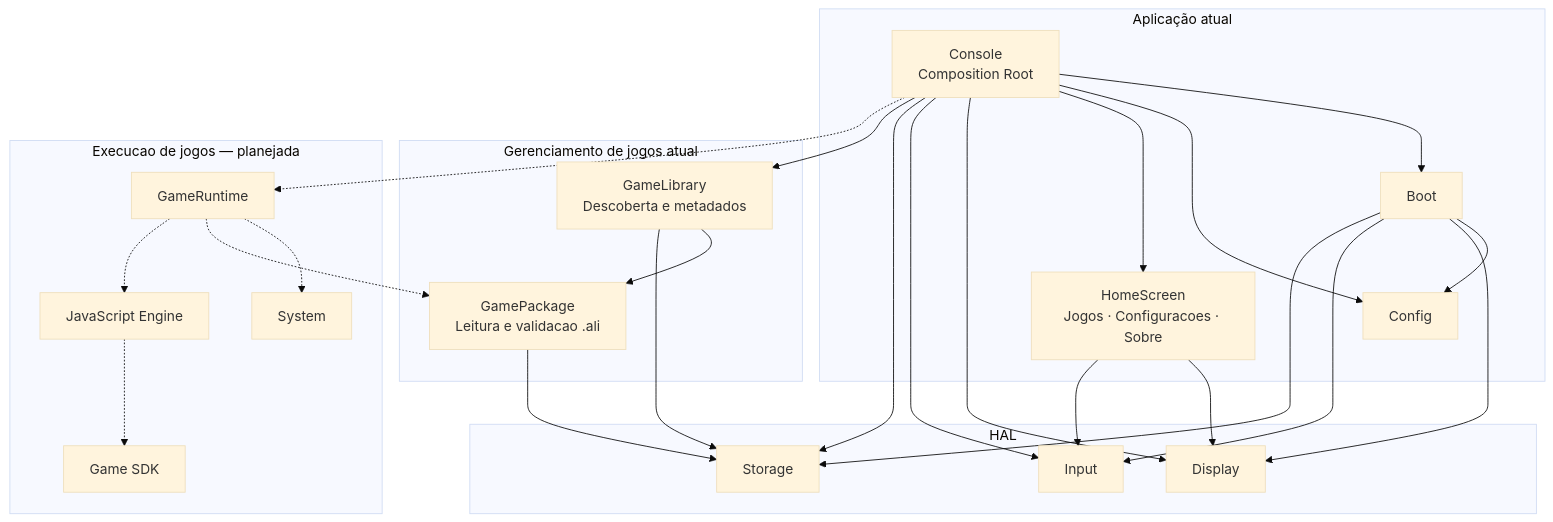
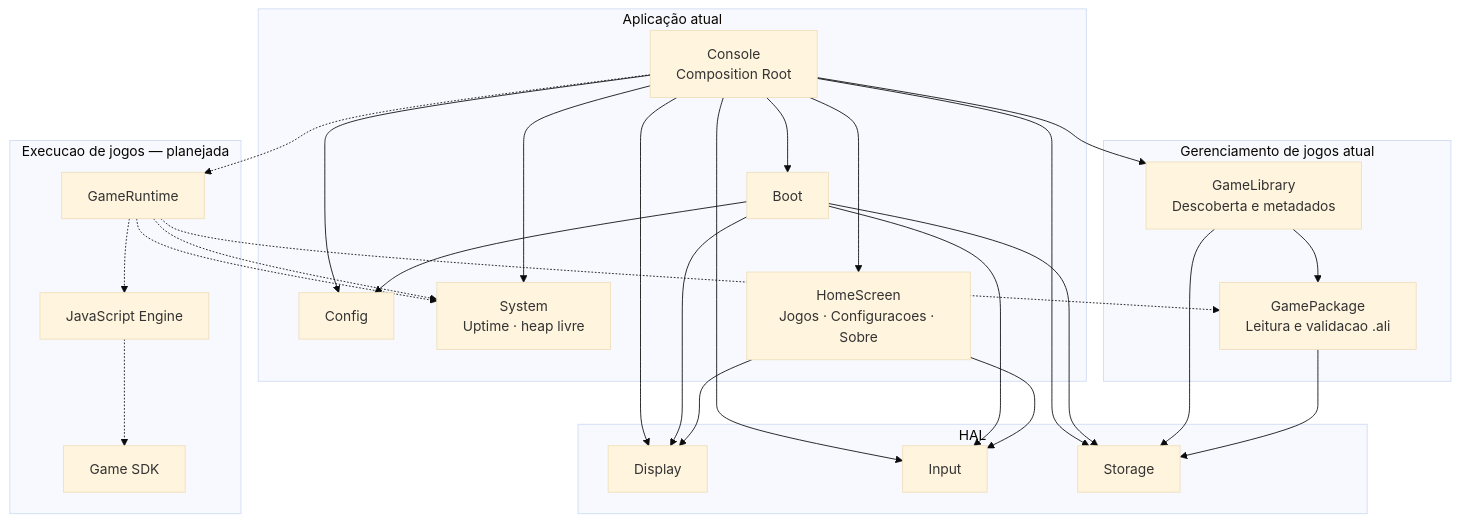
Before and after one commit to AlisonSimiao/micro-console: the first of 3 diagrams in README.md, drawn with Mermaid (base theme). The commit also changed other lines of this file and 8 other files, not shown here.

Commit message:
feat: Implementa módulo System para consultas de uptime e heap livre, incluindo testes nativos

````diff
--- a/README.md
+++ b/README.md
@@ -26,51 +27,53 @@
 ```mermaid
 flowchart TB
     subgraph APP["Aplicação atual"]
         Console["Console<br/>Composition Root"]
         Boot["Boot"]
         Config["Config"]
+        System["System<br/>Uptime · heap livre"]
         HomeScreen["HomeScreen<br/>Jogos · Configuracoes · Sobre"]
     end
 
     subgraph HAL["HAL"]
         Display["Display"]
         Input["Input"]
         Storage["Storage"]
     end
 
     subgraph GAMES["Gerenciamento de jogos atual"]
         Library["GameLibrary<br/>Descoberta e metadados"]
         Package["GamePackage<br/>Leitura e validacao .ali"]
     end
 
     subgraph FUTURE["Execucao de jogos — planejada"]
         Runtime["GameRuntime"]
         Engine["JavaScript Engine"]
         SDK["Game SDK"]
-        System["System"]
     end
 
     Console --> Boot
     Console --> Config
+    Console --> System
     Console --> HomeScreen
     Console --> Display
     Console --> Input
     Console --> Storage
     Console --> Library
 
     Boot --> Config
     Boot --> Display
     Boot --> Input
     Boot --> Storage
     HomeScreen --> Display
     HomeScreen --> Input
     Library --> Package
     Library --> Storage
     Package --> Storage
 
     Console -.-> Runtime
     Runtime -.-> System
     Runtime -.-> Package
     Runtime -.-> Engine
     Engine -.-> SDK
+    Runtime -.-> System
 ```
````
